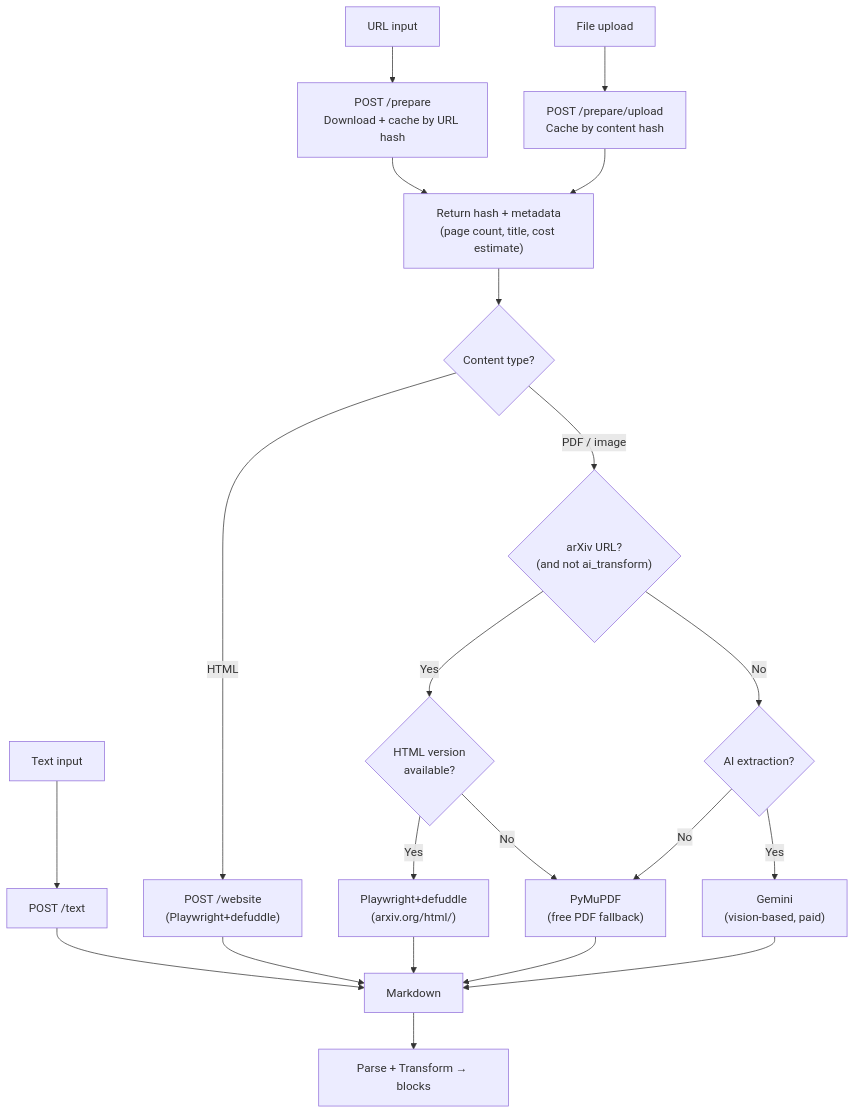
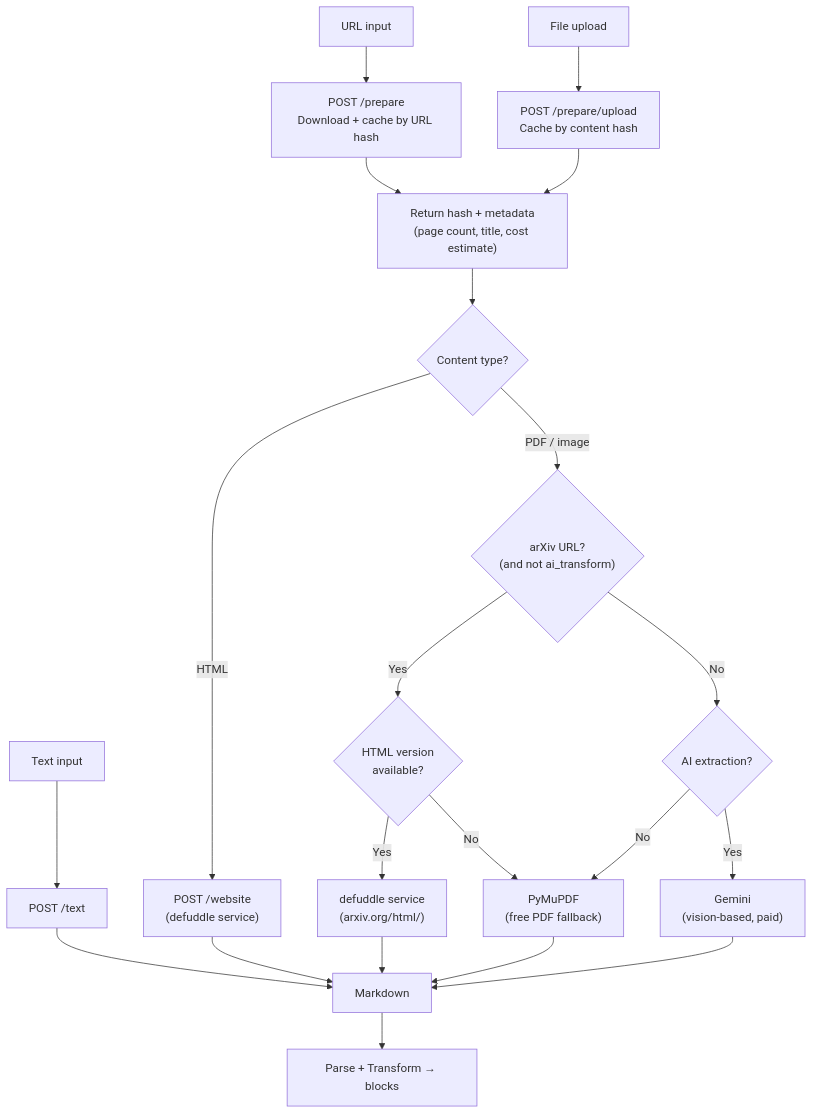
The second of 7 diagrams in docs/architecture.md (yapit-tts/yapit), drawn with Mermaid before and after one commit. The commit also changed other lines of this file and 17 other files, not shown here.

First line of the commit message:
rewrite defuddle container: static-first extraction with Playwright fallback

````diff
--- a/docs/architecture.md
+++ b/docs/architecture.md
@@ -64,22 +64,22 @@
 ```mermaid
 flowchart TD
     T["Text input"] --> TEXT["POST /text"]
     U["URL input"] --> P1["POST /prepare<br/>Download + cache by URL hash"]
     F["File upload"] --> P2["POST /prepare/upload<br/>Cache by content hash"]
 
     P1 & P2 --> META["Return hash + metadata<br/>(page count, title, cost estimate)"]
 
     META --> W{"Content type?"}
-    W -->|HTML| WS["POST /website<br/>(Playwright+defuddle)"]
+    W -->|HTML| WS["POST /website<br/>(defuddle service)"]
 
     W -->|PDF / image| DOC_AX{"arXiv URL?<br/>(and not ai_transform)"}
     DOC_AX -->|Yes| AX_HTML{"HTML version<br/>available?"}
-    AX_HTML -->|Yes| DEFUDDLE["Playwright+defuddle<br/>(arxiv.org/html/)"]
+    AX_HTML -->|Yes| DEFUDDLE["defuddle service<br/>(arxiv.org/html/)"]
     AX_HTML -->|No| PYMUPDF["PyMuPDF<br/>(free PDF fallback)"]
     DOC_AX -->|No| AI{"AI extraction?"}
     AI -->|Yes| GEM["Gemini<br/>(vision-based, paid)"]
     AI -->|No| PYMUPDF
 
     TEXT & WS & DEFUDDLE & PYMUPDF & GEM --> MD["Markdown"]
     MD --> PARSE["Parse + Transform → blocks"]
 ```
````
